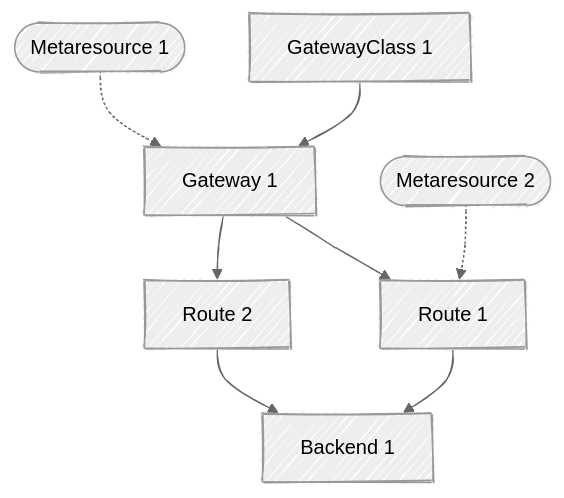
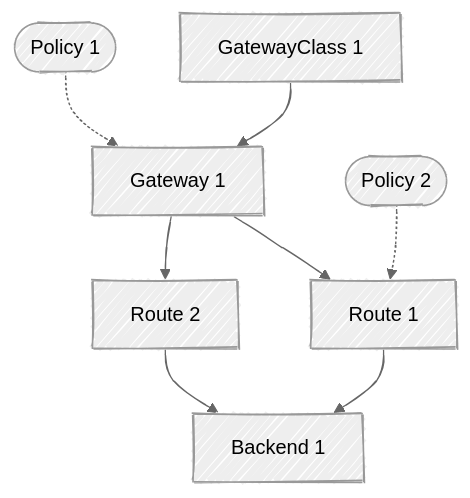
Before and after one commit to kubernetes-sigs/gateway-api: the second of 7 diagrams in geps/gep-713/index.md, drawn with Mermaid. The commit also changed other lines of this file, not shown here.

Commit message:
Preferring 'Policy' over 'Metaresource' when prescribing rules/schema/etc in the spec

````diff
--- a/geps/gep-713/index.md
+++ b/geps/gep-713/index.md
@@ -482,24 +491,24 @@
 ```mermaid
 ---
 config:
   look: handDrawn
   theme: neutral
 ---
 graph
     gc@{ shape: rect, label: "GatewayClass 1" }
     g@{ shape: rect, label: "Gateway 1" }
     r1@{ shape: rect, label: "Route 1" }
     r2@{ shape: rect, label: "Route 2" }
     b@{ shape: rect, label: "Backend 1" }
-    m1@{ shape: stadium, label: "Metaresource 1" }
-    m2@{ shape: stadium, label: "Metaresource 2" }
+    p1@{ shape: stadium, label: "Policy 1" }
+    p2@{ shape: stadium, label: "Policy 2" }
 
     gc --> g
     g --> r1
     g --> r2
     r1 --> b
     r2 --> b
 
-    m1 -.-> g
-    m2 -.-> r1
+    p1 -.-> g
+    p2 -.-> r1
 ```
````
